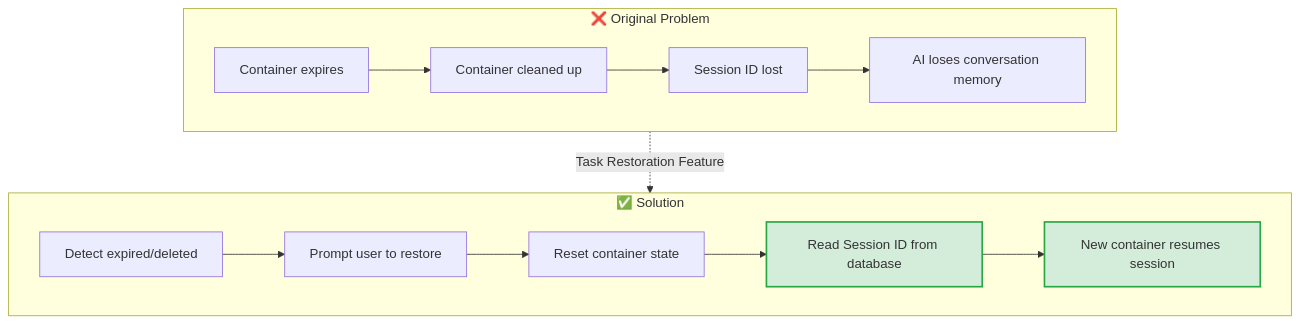
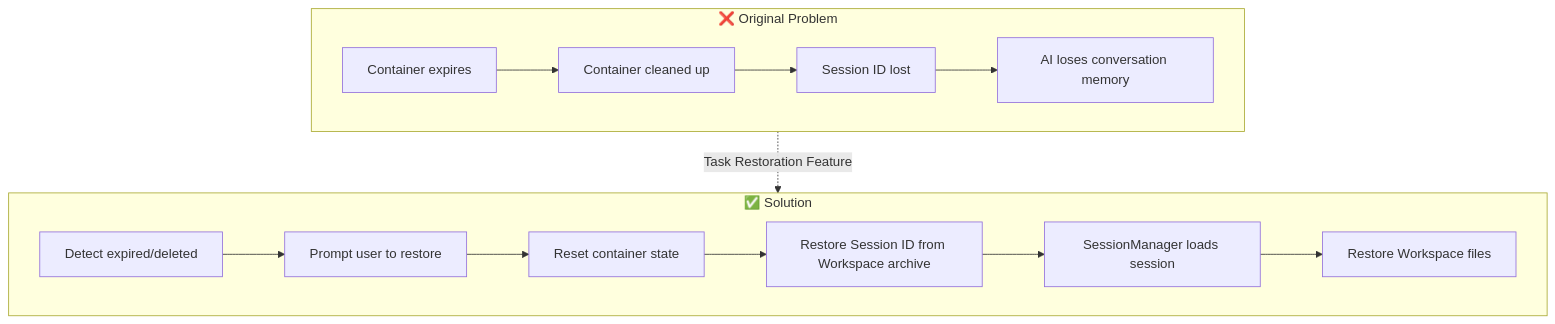
One commit to wecode-ai/Wegent changed the first of 8 diagrams in docs/en/features/task-restore.md. Above: the diagram before and after it, drawn with Mermaid. The commit also changed other lines of this file and 7 other files, not shown here.

First line of the commit message:
refactor(backend,executor): remove database session ID persistence, use workspace archive only

````diff
--- a/docs/en/features/task-restore.md
+++ b/docs/en/features/task-restore.md
@@ -23,19 +23,18 @@
 ```mermaid
 flowchart TB
     subgraph Problem["❌ Original Problem"]
         A[Container expires] --> B[Container cleaned up]
         B --> C[Session ID lost]
         C --> D[AI loses conversation memory]
     end
 
     subgraph Solution["✅ Solution"]
         E[Detect expired/deleted] --> F[Prompt user to restore]
         F --> G[Reset container state]
-        G --> H[Read Session ID from database]:::new
-        H --> I[New container resumes session]:::new
+        G --> H[Restore Session ID from Workspace archive]
+        H --> I[SessionManager loads session]
+        I --> J[Restore Workspace files]
     end
 
     Problem -.->|Task Restoration Feature| Solution
-
-    classDef new fill:#d4edda,stroke:#28a745,stroke-width:2px
 ```
````
